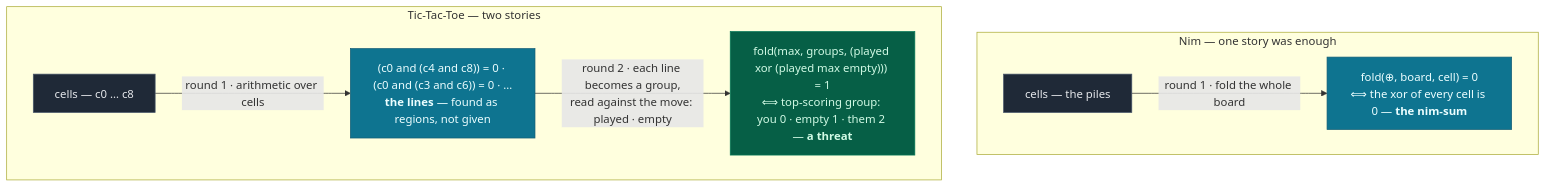
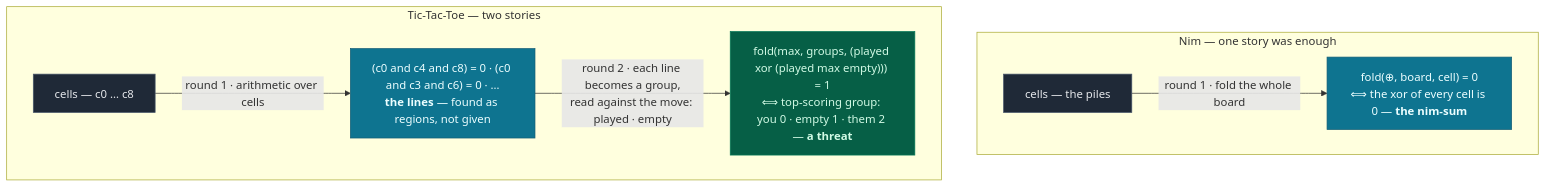
One commit to MatheweB/WiseExplorer changed the fifth of 9 diagrams in README.md. Above: the diagram before and after it, drawn with Mermaid. The commit also changed other lines of this file and 12 other files, not shown here.

````diff
--- a/README.md
+++ b/README.md
@@ -296,21 +294,21 @@
 ```mermaid
 flowchart TD
     classDef raw fill:#1f2937,stroke:#475569,color:#e5e7eb
     classDef one fill:#0e7490,stroke:#155e75,color:#ecfeff
     classDef two fill:#065f46,stroke:#047857,color:#d1fae5
     subgraph NIM["Nim — one story was enough"]
       NC["cells — the piles"]
       NS["fold(⊕, board, cell) = 0<br/>⟺ the xor of every cell is 0 — <b>the nim-sum</b>"]
       NC -->|"round 1 · fold the whole board"| NS
     end
     subgraph TTT["Tic-Tac-Toe — two stories"]
       TC["cells — c0 … c8"]
-      TL["(c0 and (c4 and c8)) = 0 · (c0 and (c3 and c6)) = 0 · …<br/><b>the lines</b> — found as regions, not given"]
+      TL["(c0 and c4 and c8) = 0 · (c0 and c3 and c6) = 0 · …<br/><b>the lines</b> — found as regions, not given"]
       TT["fold(max, groups, (played xor (played max empty))) = 1<br/>⟺ top-scoring group: you 0 · empty 1 · them 2 — <b>a threat</b>"]
       TC -->|"round 1 · arithmetic over cells"| TL
       TL -->|"round 2 · each line becomes a group,<br/>read against the move: played · empty"| TT
     end
     class NC,TC raw
     class NS,TL one
     class TT two
 ```
````
